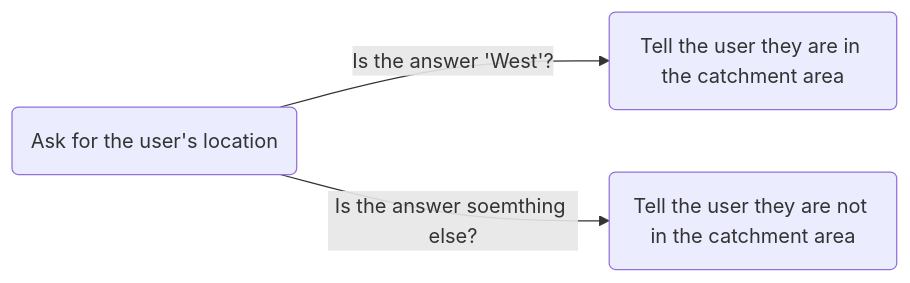
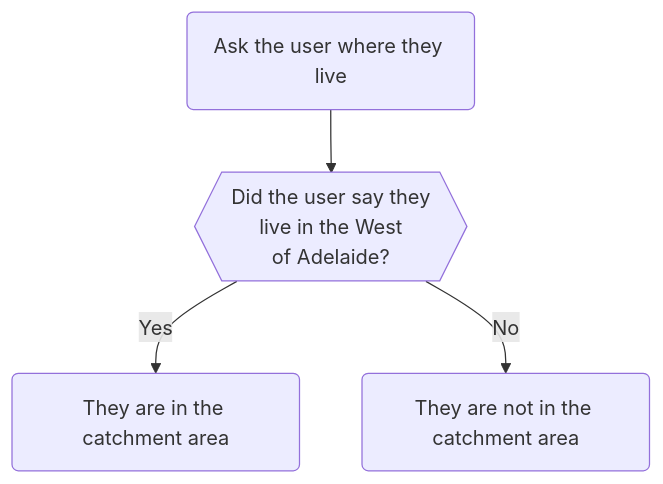
One commit to FlindersLaw/textbook changed the first of 2 diagrams in textbook-source/docs/textbook/chapter_03/00-30.mdx. Above: the diagram before and after it, drawn with Mermaid. The commit also changed other lines of this file and 2 other files, not shown here.

````diff
--- a/textbook-source/docs/textbook/chapter_03/00-30.mdx
+++ b/textbook-source/docs/textbook/chapter_03/00-30.mdx
@@ -47,6 +30,7 @@
 ```mermaid
-flowchart LR;
-    id0(Ask for the user's location)
-    id0 -- Is the answer 'West'? --> id1(Tell the user they are in the catchment area)
-    id0 -- Is the answer soemthing else? --> id2(Tell the user they are not in the catchment area)
+flowchart TD;
+    id0(Ask the user where they live)
+    id0 --> id1{{Did the user say they<br>live in the West<br> of Adelaide?}}
+    id1 -- Yes --> id2(They are in the catchment area)
+    id1 -- No --> id3(They are not in the catchment area)
 ```
````
